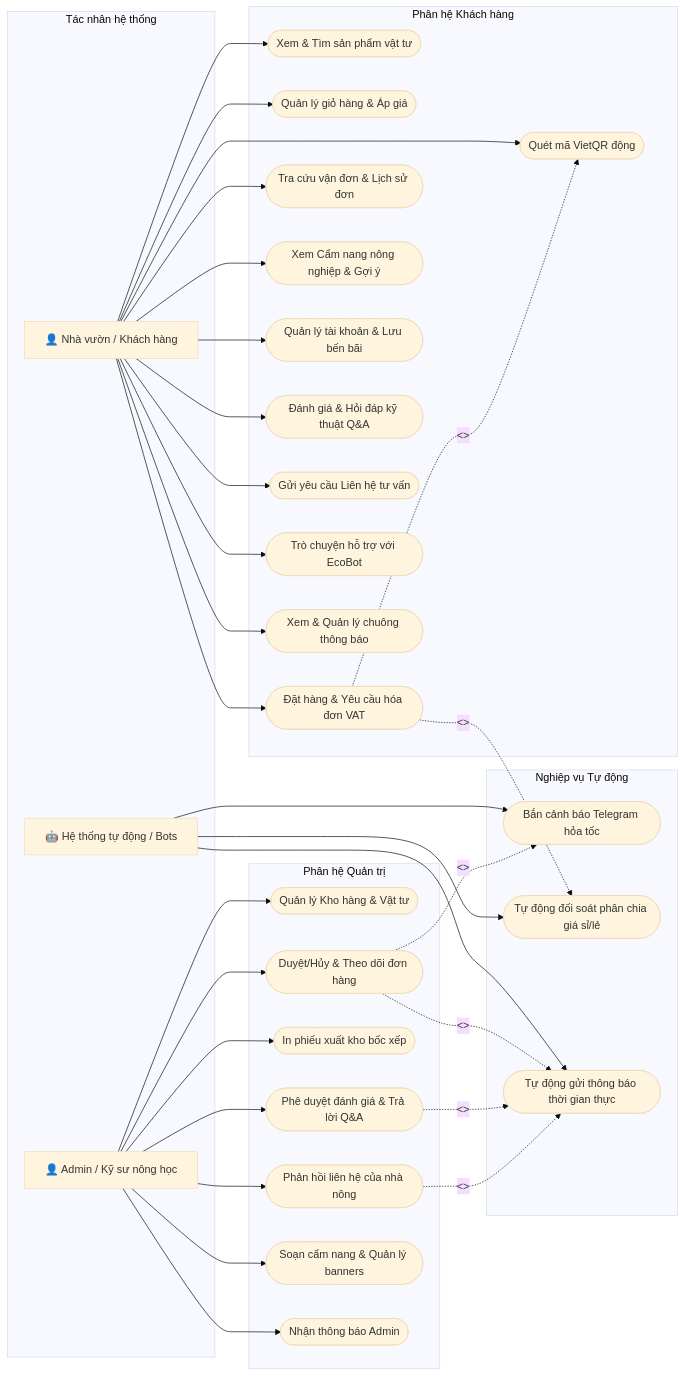
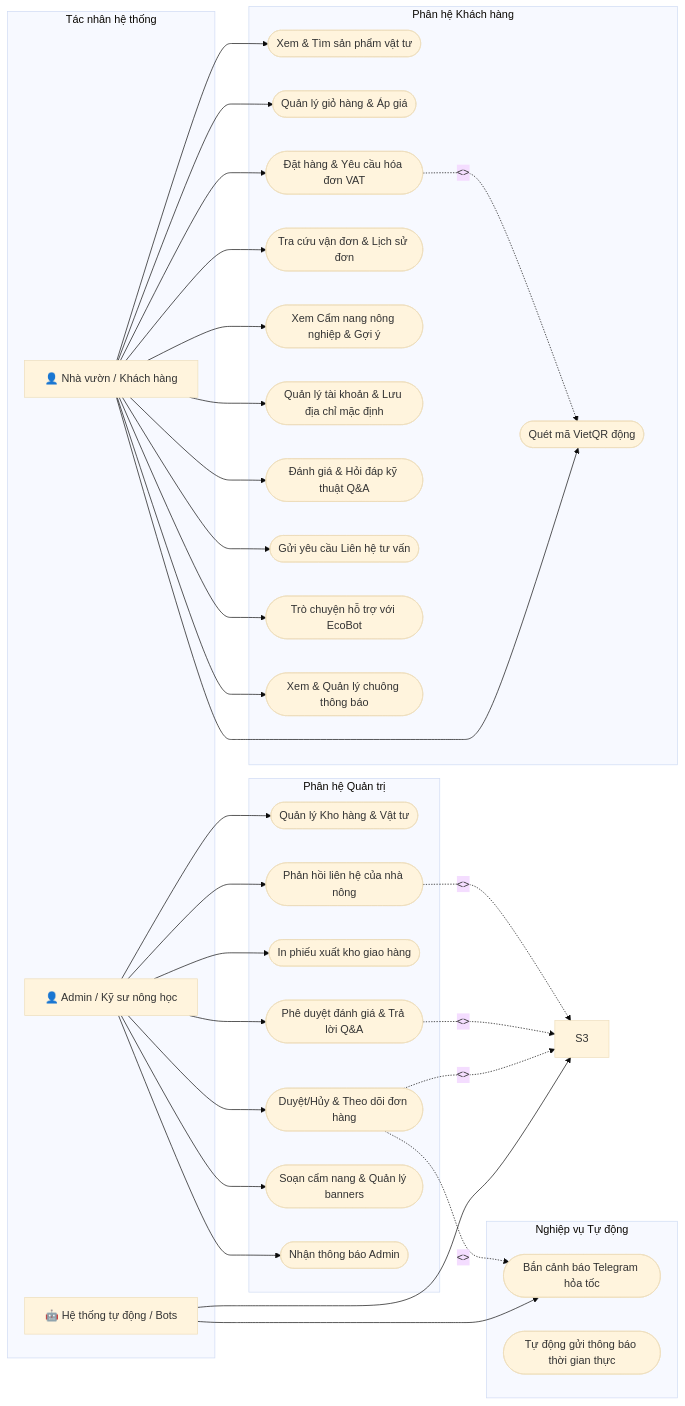
Before and after one commit to ntnluwaj/EcoFarm.vn: the diagram in PROJECT_DOCUMENTATION.md, drawn with Mermaid (base theme). The commit also changed other lines of this file and 26 other files, not shown here.

````diff
--- a/PROJECT_DOCUMENTATION.md
+++ b/PROJECT_DOCUMENTATION.md
@@ -46,75 +46,72 @@
 ```mermaid
 graph LR
     %% Actor Definitions
     subgraph Actors [Tác nhân hệ thống]
         Farmer["👤 Nhà vườn / Khách hàng"]
         Admin["👤 Admin / Kỹ sư nông học"]
         System["🤖 Hệ thống tự động / Bots"]
     end
 
     %% Farmer Use Cases
     subgraph FarmerUC [Phân hệ Khách hàng]
         F1(["Xem & Tìm sản phẩm vật tư"])
         F2(["Quản lý giỏ hàng & Áp giá"])
         F3(["Đặt hàng & Yêu cầu hóa đơn VAT"])
         F4(["Quét mã VietQR động"])
         F5(["Tra cứu vận đơn & Lịch sử đơn"])
         F6(["Xem Cẩm nang nông nghiệp & Gợi ý"])
-        F7(["Quản lý tài khoản & Lưu bến bãi"])
+        F7(["Quản lý tài khoản & Lưu địa chỉ mặc định"])
         F8(["Đánh giá & Hỏi đáp kỹ thuật Q&A"])
         F9(["Gửi yêu cầu Liên hệ tư vấn"])
         F10(["Trò chuyện hỗ trợ với EcoBot"])
         F11(["Xem & Quản lý chuông thông báo"])
     end
 
     %% Admin Use Cases
     subgraph AdminUC [Phân hệ Quản trị]
         A1(["Quản lý Kho hàng & Vật tư"])
         A2(["Duyệt/Hủy & Theo dõi đơn hàng"])
-        A3(["In phiếu xuất kho bốc xếp"])
+        A3(["In phiếu xuất kho giao hàng"])
         A4(["Phê duyệt đánh giá & Trả lời Q&A"])
         A5(["Phản hồi liên hệ của nhà nông"])
         A6(["Soạn cẩm nang & Quản lý banners"])
         A7(["Nhận thông báo Admin"])
     end
 
     %% Automated System Use Cases
     subgraph SystemUC [Nghiệp vụ Tự động]
         S1(["Bắn cảnh báo Telegram hỏa tốc"])
-        S2(["Tự động đối soát phân chia giá sỉ/lẻ"])
-        S3(["Tự động gửi thông báo thời gian thực"])
+        S2(["Tự động gửi thông báo thời gian thực"])
     end
 
     %% Relations
     Farmer --> F1
     Farmer --> F2
     Farmer --> F3
     Farmer --> F4
     Farmer --> F5
     Farmer --> F6
     Farmer --> F7
     Farmer --> F8
     Farmer --> F9
     Farmer --> F10
     Farmer --> F11
 
     Admin --> A1
     Admin --> A2
     Admin --> A3
     Admin --> A4
     Admin --> A5
     Admin --> A6
     Admin --> A7
 
     System --> S1
-    System --> S2
     System --> S3
 
     %% Include Relations
-    F3 -.->|"<<include>>"| S2
     F3 -.->|"<<include>>"| F4
     A2 -.->|"<<include>>"| S1
     A2 -.->|"<<include>>"| S3
     A4 -.->|"<<include>>"| S3
     A5 -.->|"<<include>>"| S3
 ```
````
